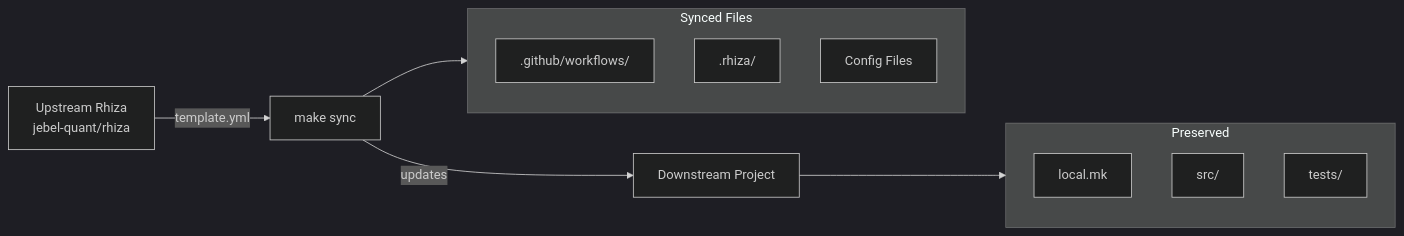
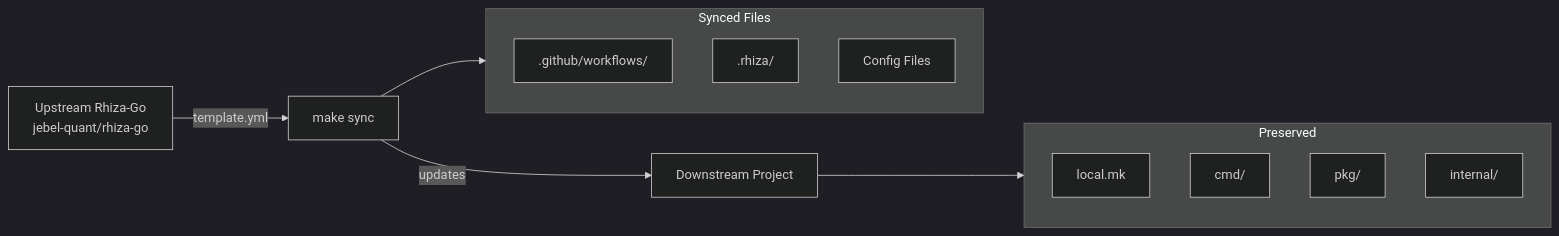
The fifth of 8 diagrams in docs/ARCHITECTURE.md (Jebel-Quant/rhiza-go), drawn with Mermaid (dark theme) before and after one commit. The commit also changed other lines of this file and 17 other files, not shown here.

````diff
--- a/docs/ARCHITECTURE.md
+++ b/docs/ARCHITECTURE.md
@@ -133,20 +126,21 @@
 ```mermaid
 flowchart LR
-    upstream[Upstream Rhiza<br/>jebel-quant/rhiza] -->|template.yml| sync[make sync]
+    upstream[Upstream Rhiza-Go<br/>jebel-quant/rhiza-go] -->|template.yml| sync[make sync]
     sync -->|updates| downstream[Downstream Project]
 
     subgraph Synced["Synced Files"]
         workflows[.github/workflows/]
         rhiza[.rhiza/]
         configs[Config Files]
     end
 
     subgraph Preserved["Preserved"]
         localmk[local.mk]
-        src[src/]
-        tests[tests/]
+        cmd[cmd/]
+        pkg[pkg/]
+        internal[internal/]
     end
 
     sync --> Synced
     downstream --> Preserved
 ```
````
